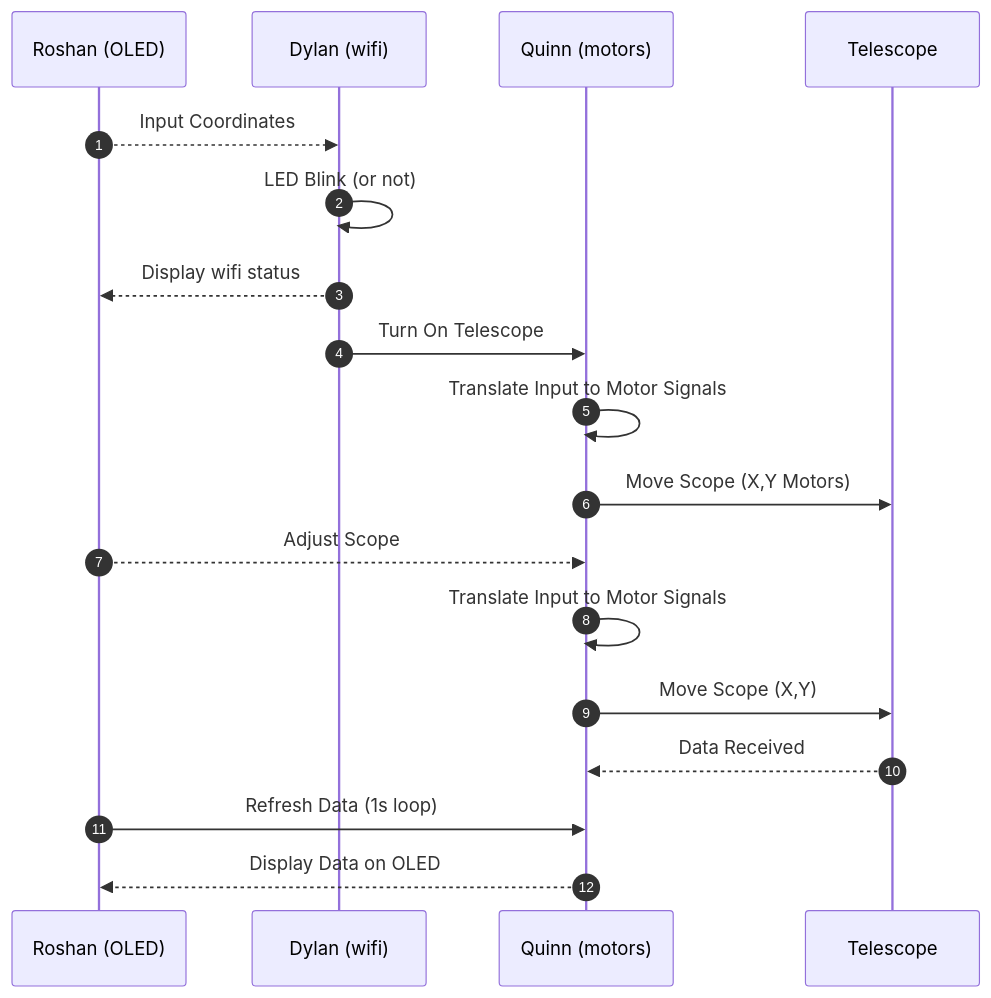
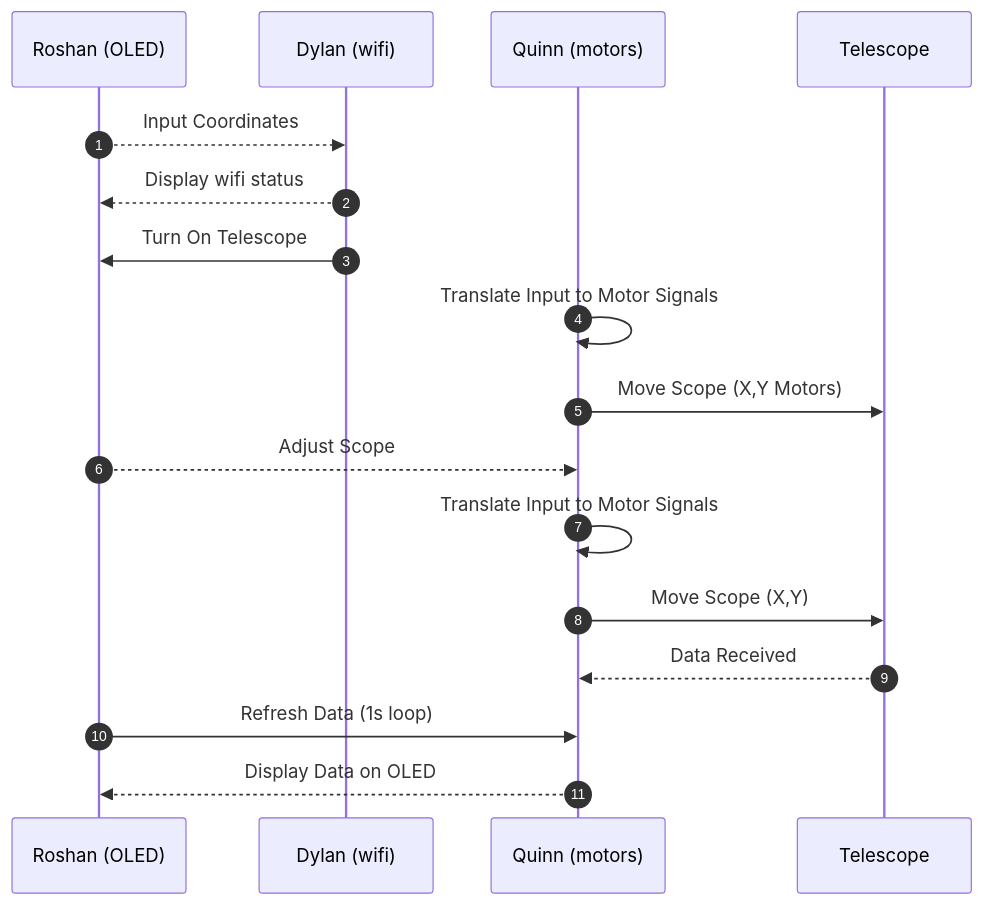
One commit to EGR314-S-2026-304/EGR314-S-2026-304.github.io changed the diagram in docs/04-Team-Diagram.md. Above: the diagram before and after it, drawn with Mermaid.

````diff
--- a/docs/04-Team-Diagram.md
+++ b/docs/04-Team-Diagram.md
@@ -16,25 +16,24 @@
 ``` mermaid
 sequenceDiagram
   autonumber
 
 
   participant Roshan (OLED)
   participant Dylan (wifi)
   participant Quinn (motors)
   participant Telescope
 
   Roshan (OLED)-->>Dylan (wifi): Input Coordinates
-  Dylan (wifi)->>Dylan (wifi): LED Blink (or not)
   Dylan (wifi)-->>Roshan (OLED): Display wifi status
-  Dylan (wifi)->>Quinn (motors): Turn On Telescope
+  Dylan (wifi)->>Roshan (OLED): Turn On Telescope
   Quinn (motors)->>Quinn (motors): Translate Input to Motor Signals
   Quinn (motors)->>Telescope: Move Scope (X,Y Motors)
 
   Roshan (OLED)-->>Quinn (motors): Adjust Scope
   Quinn (motors)->>Quinn (motors): Translate Input to Motor Signals
   Quinn (motors)->>Telescope: Move Scope (X,Y)
 
   Telescope-->>Quinn (motors): Data Received
   Roshan (OLED)->>Quinn (motors): Refresh Data (1s loop)
   Quinn (motors)-->>Roshan (OLED): Display Data on OLED
 ```
````
